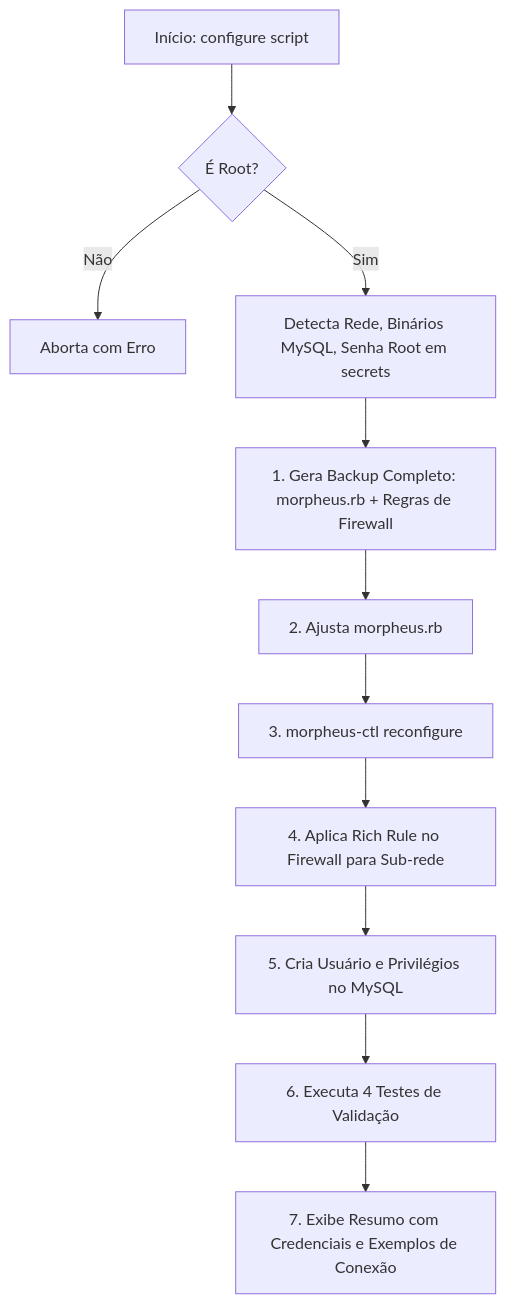
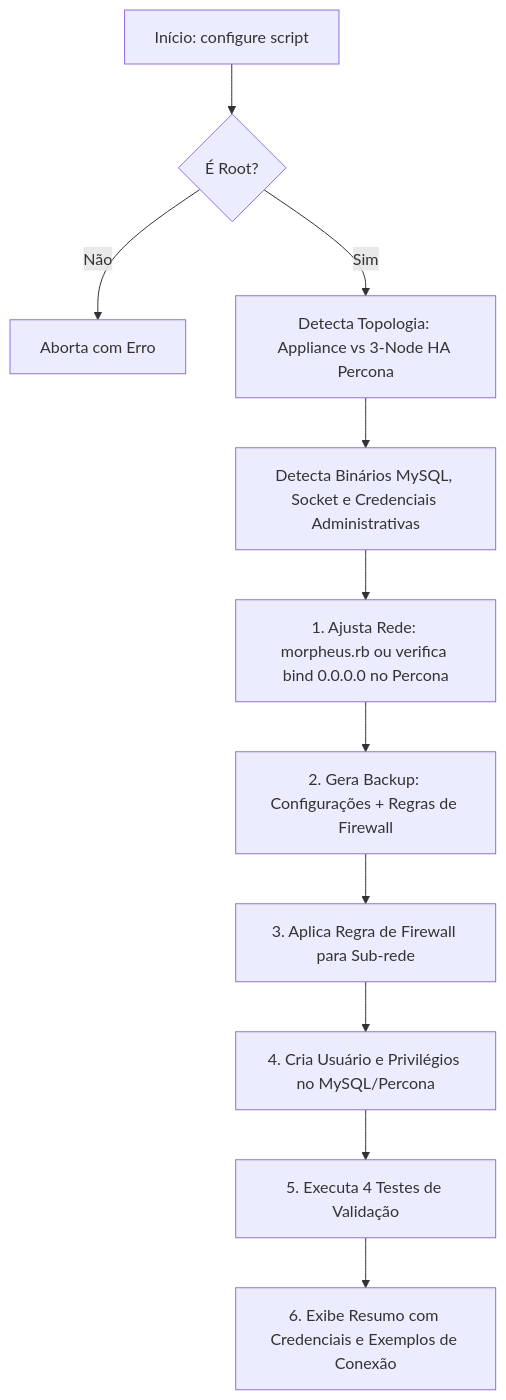
Before and after one commit to devopsvanilla/.BatOps: the second of 3 diagrams in morpheus-data/expose-mysql/README.md, drawn with Mermaid. The commit also changed other lines of this file and 2 other files, not shown here.

Commit message:
feat: add scripts to configure and restore Morpheus MySQL remote access settings

````diff
--- a/morpheus-data/expose-mysql/README.md
+++ b/morpheus-data/expose-mysql/README.md
@@ -63,13 +93,13 @@
 ```mermaid
 flowchart TD
     A[Início: configure script] --> B{É Root?}
     B -- Não --> C[Aborta com Erro]
-    B -- Sim --> D[Detecta Rede, Binários MySQL, Senha Root em secrets]
-    D --> E[1. Gera Backup Completo: morpheus.rb + Regras de Firewall]
-    E --> F[2. Ajusta morpheus.rb]
-    F --> G[3. morpheus-ctl reconfigure]
-    G --> H[4. Aplica Rich Rule no Firewall para Sub-rede]
-    H --> I[5. Cria Usuário e Privilégios no MySQL]
-    I --> J[6. Executa 4 Testes de Validação]
-    J --> K[7. Exibe Resumo com Credenciais e Exemplos de Conexão]
+    B -- Sim --> D[Detecta Topologia: Appliance vs 3-Node HA Percona]
+    D --> E[Detecta Binários MySQL, Socket e Credenciais Administrativas]
+    E --> F[1. Ajusta Rede: morpheus.rb ou verifica bind 0.0.0.0 no Percona]
+    F --> G[2. Gera Backup: Configurações + Regras de Firewall]
+    G --> H[3. Aplica Regra de Firewall para Sub-rede]
+    H --> I[4. Cria Usuário e Privilégios no MySQL/Percona]
+    I --> J[5. Executa 4 Testes de Validação]
+    J --> K[6. Exibe Resumo com Credenciais e Exemplos de Conexão]
 ```
````
